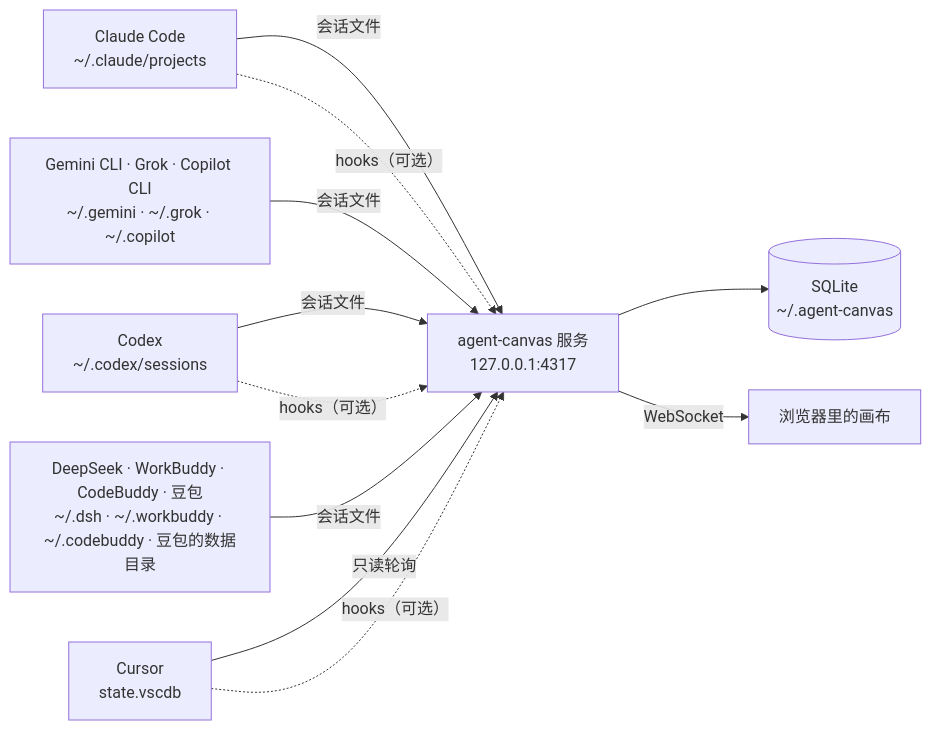
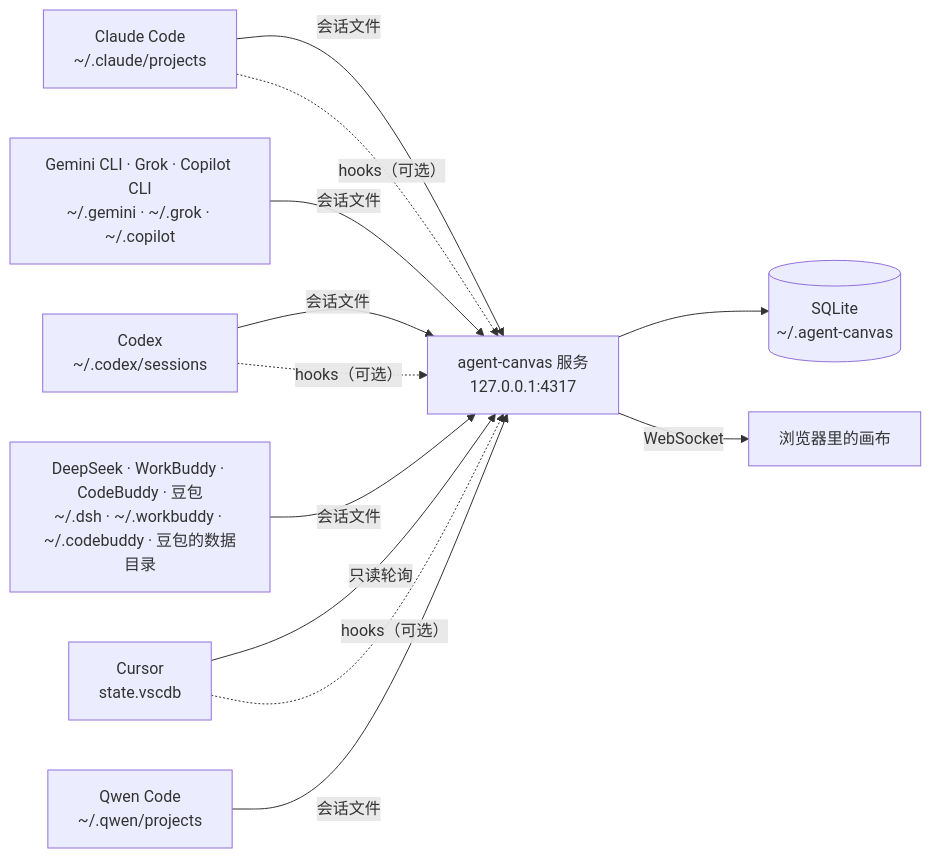
One commit to qtxsnwwb/agent-canvas changed the diagram in README.md. Above: the diagram before and after it, drawn with Mermaid. The commit also changed other lines of this file and 25 other files, not shown here.

Commit message:
feat: look, cross-feature tests and docs for Qwen Code; 0.3.0

````diff
--- a/README.md
+++ b/README.md
@@ -223,13 +237,14 @@
 ```mermaid
 flowchart LR
   A["Claude Code<br/>~/.claude/projects"] -->|会话文件| S
   B["Codex<br/>~/.codex/sessions"] -->|会话文件| S
   C["Cursor<br/>state.vscdb"] -->|只读轮询| S
   G["Gemini CLI · Grok · Copilot CLI<br/>~/.gemini · ~/.grok · ~/.copilot"] -->|会话文件| S
   N["DeepSeek · WorkBuddy · CodeBuddy · 豆包<br/>~/.dsh · ~/.workbuddy · ~/.codebuddy · 豆包的数据目录"] -->|会话文件| S
+  Q["Qwen Code<br/>~/.qwen/projects"] -->|会话文件| S
   A -.->|hooks（可选）| S
   B -.->|hooks（可选）| S
   C -.->|hooks（可选）| S
   S["agent-canvas 服务<br/>127.0.0.1:4317"] --> D[("SQLite<br/>~/.agent-canvas")]
   S -->|WebSocket| W["浏览器里的画布"]
 ```
````
